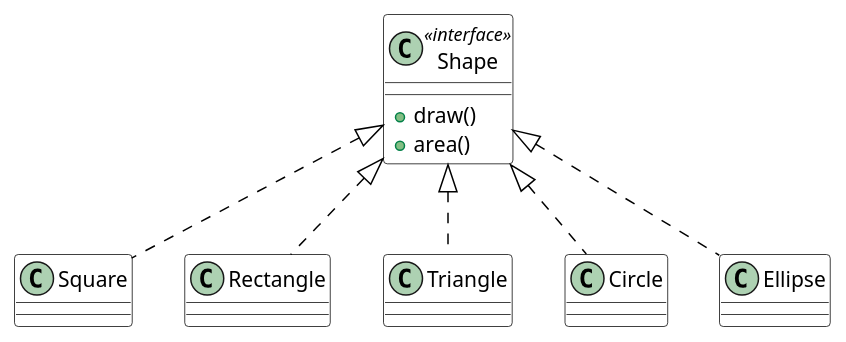
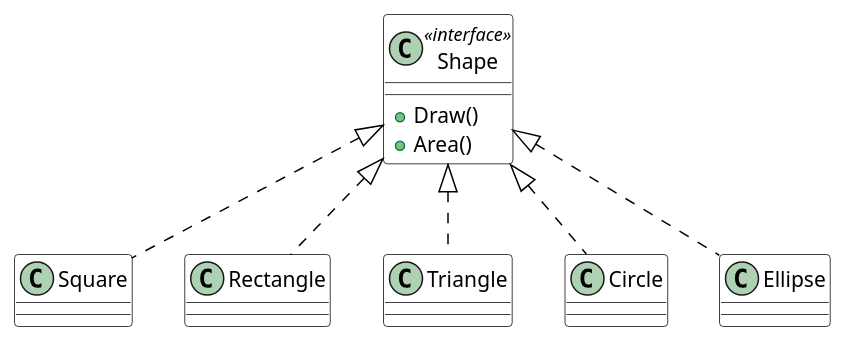
One commit to RyanJeong/lecture-notes changed the diagram in cpp/06/interface.puml. Above: the diagram before and after it, drawn with PlantUML.

Commit message:
style(interface): update method names to follow PascalCase convention

```diff
--- a/cpp/06/interface.puml
+++ b/cpp/06/interface.puml
@@ -1,24 +1,24 @@
 @startuml
 skinparam class {
     BackgroundColor White
     ArrowColor Black
     BorderColor Black
 }
 
 class Shape <<interface>> {
-    + draw()
-    + area()
+    + Draw()
+    + Area()
 }
 
 class Square
 class Rectangle
 class Triangle
 class Circle
 class Ellipse
 
 Shape <|.. Square
 Shape <|.. Rectangle
 Shape <|.. Triangle
 Shape <|.. Circle
 Shape <|.. Ellipse
 @enduml
```
